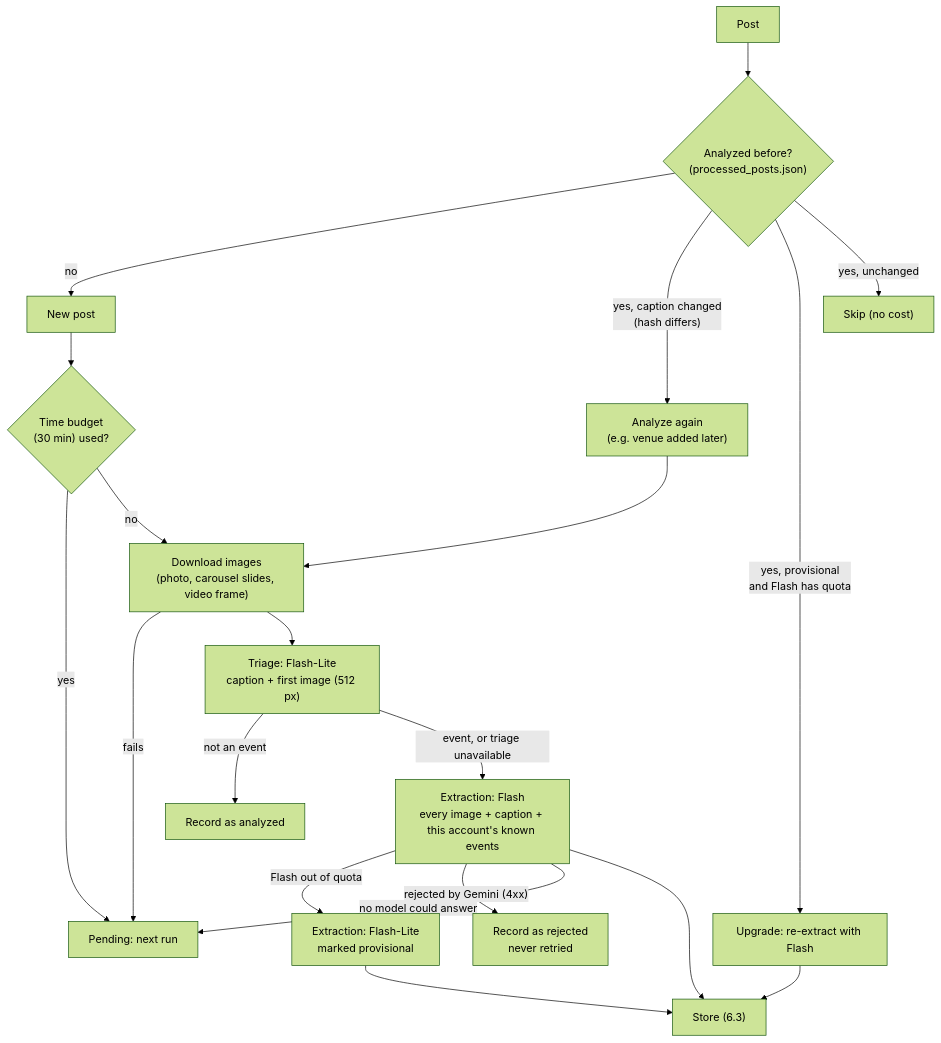
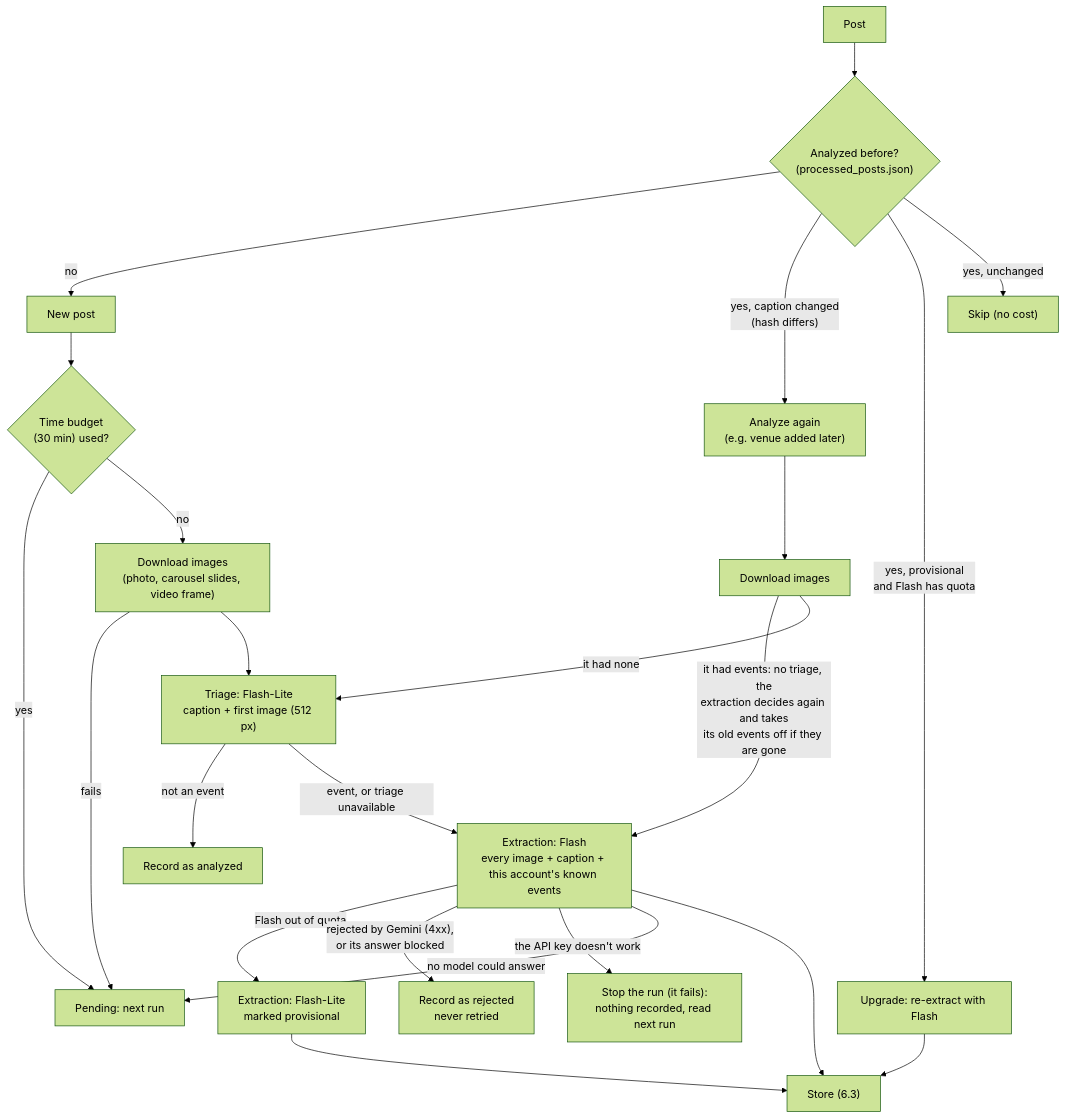
The fourth of 12 diagrams in docs/ARCHITECTURE.md (pa-bailar/backend), drawn with Mermaid (forest theme) before and after one commit. The commit also changed other lines of this file and 2 other files, not shown here.

Commit message:
docs: review findings and drift: workflow jobs, Gemini errors, health streaks, capacity, code map

````diff
--- a/docs/ARCHITECTURE.md
+++ b/docs/ARCHITECTURE.md
@@ -403,22 +408,24 @@
 ```mermaid
 flowchart TD
     P["Post"] --> Q{"Analyzed before?<br/>(processed_posts.json)"}
     Q -->|no| N["New post"]
     Q -->|"yes, caption changed<br/>(hash differs)"| RE["Analyze again<br/>(e.g. venue added later)"]
     Q -->|"yes, provisional<br/>and Flash has quota"| UP["Upgrade: re-extract with Flash"]
     Q -->|"yes, unchanged"| SKIP["Skip (no cost)"]
     N --> T{"Time budget<br/>(30 min) used?"}
     T -->|yes| PEND["Pending: next run"]
     T -->|no| IMG["Download images<br/>(photo, carousel slides, video frame)"]
-    RE --> IMG
+    RE --> IMG2["Download images"] -->|"it had events: no triage, the<br/>extraction decides again and takes<br/>its old events off if they are gone"| EX
+    IMG2 -->|"it had none"| TR
     IMG -->|fails| PEND
     IMG --> TR["Triage: Flash-Lite<br/>caption + first image (512 px)"]
     TR -->|"not an event"| REC["Record as analyzed"]
     TR -->|"event, or triage unavailable"| EX["Extraction: Flash<br/>every image + caption + this account's known events"]
     EX -->|"Flash out of quota"| PROV["Extraction: Flash-Lite<br/>marked provisional"]
-    EX -->|"rejected by Gemini (4xx)"| REJ["Record as rejected<br/>never retried"]
+    EX -->|"rejected by Gemini (4xx),<br/>or its answer blocked"| REJ["Record as rejected<br/>never retried"]
+    EX -->|"the API key doesn't work"| STOP["Stop the run (it fails):<br/>nothing recorded, read next run"]
     EX -->|"no model could answer"| PEND
     EX --> ST["Store (6.3)"]
     PROV --> ST
     UP --> ST
 ```
````
